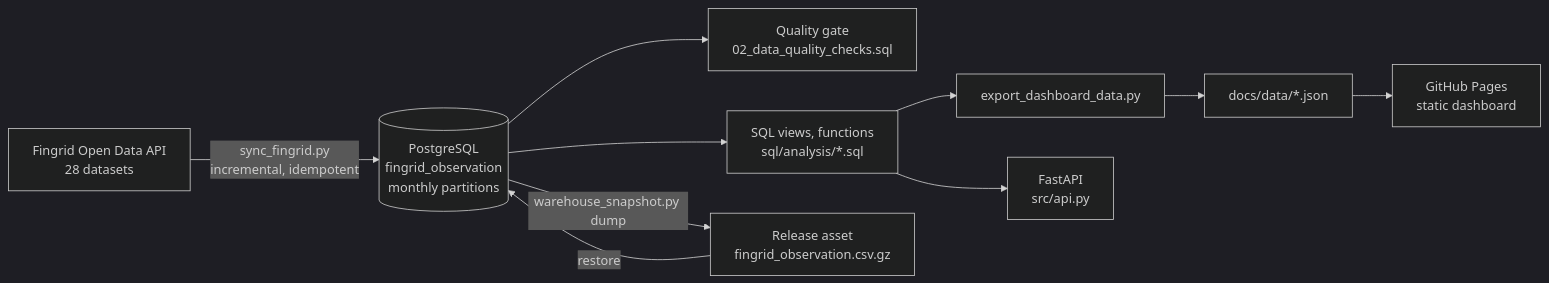
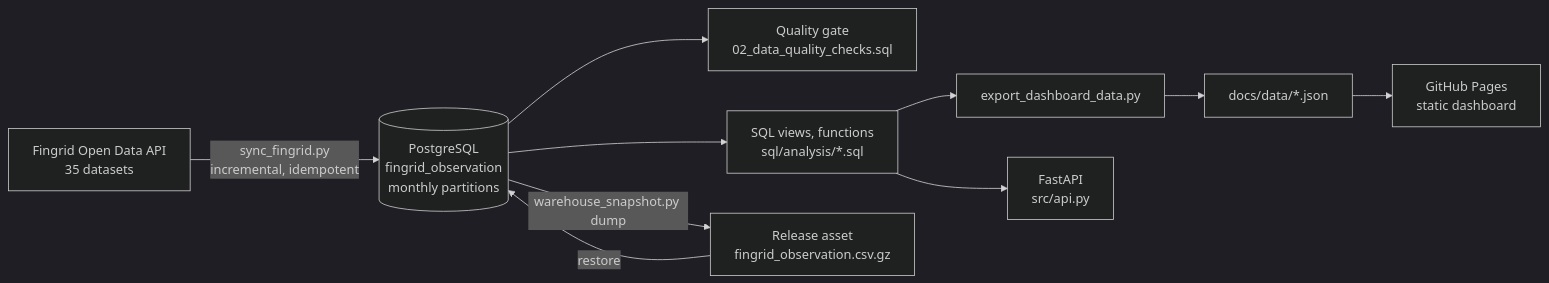
One commit to miladgk/industrial-energy-sql-pipeline changed the diagram in README.md. Above: the diagram before and after it, drawn with Mermaid (dark theme). The commit also changed other lines of this file and 11 other files, not shown here.

````diff
--- a/README.md
+++ b/README.md
@@ -37,10 +37,10 @@
 ```mermaid
 flowchart LR
-    F[Fingrid Open Data API<br/>28 datasets] -->|sync_fingrid.py<br/>incremental, idempotent| W[(PostgreSQL<br/>fingrid_observation<br/>monthly partitions)]
+    F[Fingrid Open Data API<br/>35 datasets] -->|sync_fingrid.py<br/>incremental, idempotent| W[(PostgreSQL<br/>fingrid_observation<br/>monthly partitions)]
     W --> Q[Quality gate<br/>02_data_quality_checks.sql]
     W --> S[SQL views, functions<br/>sql/analysis/*.sql]
     S --> E[export_dashboard_data.py] --> J[docs/data/*.json] --> P[GitHub Pages<br/>static dashboard]
     S --> A[FastAPI<br/>src/api.py]
     W -->|warehouse_snapshot.py dump| R[Release asset<br/>fingrid_observation.csv.gz]
     R -->|restore| W
 ```
````
